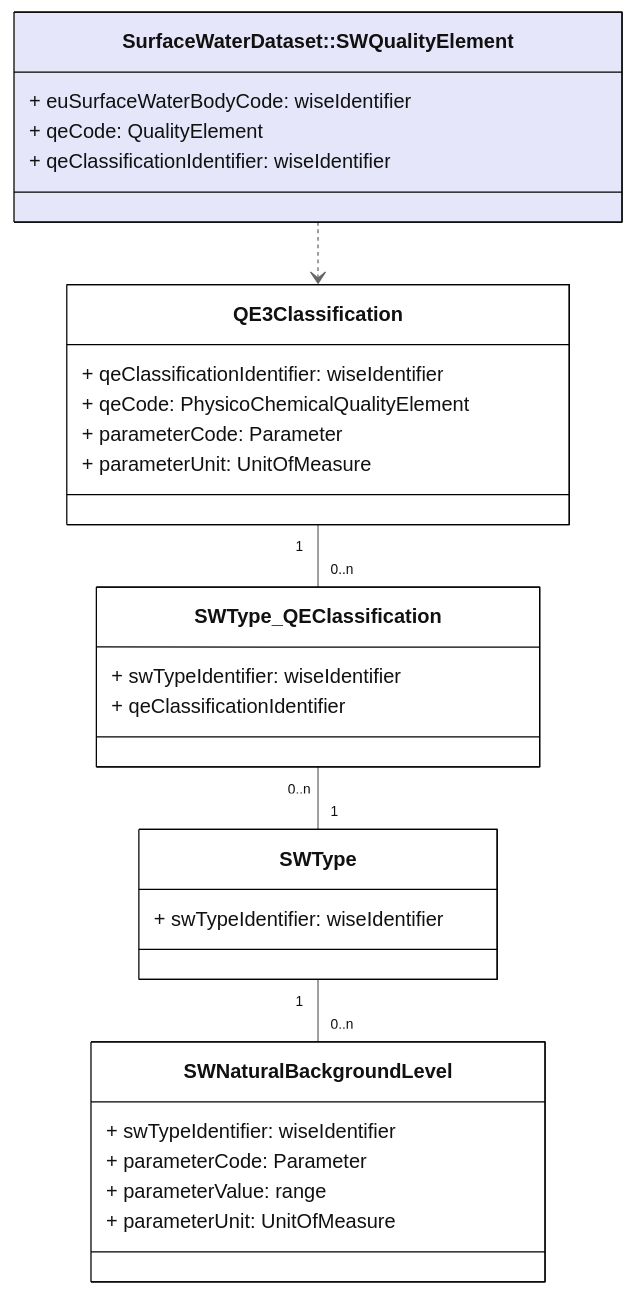
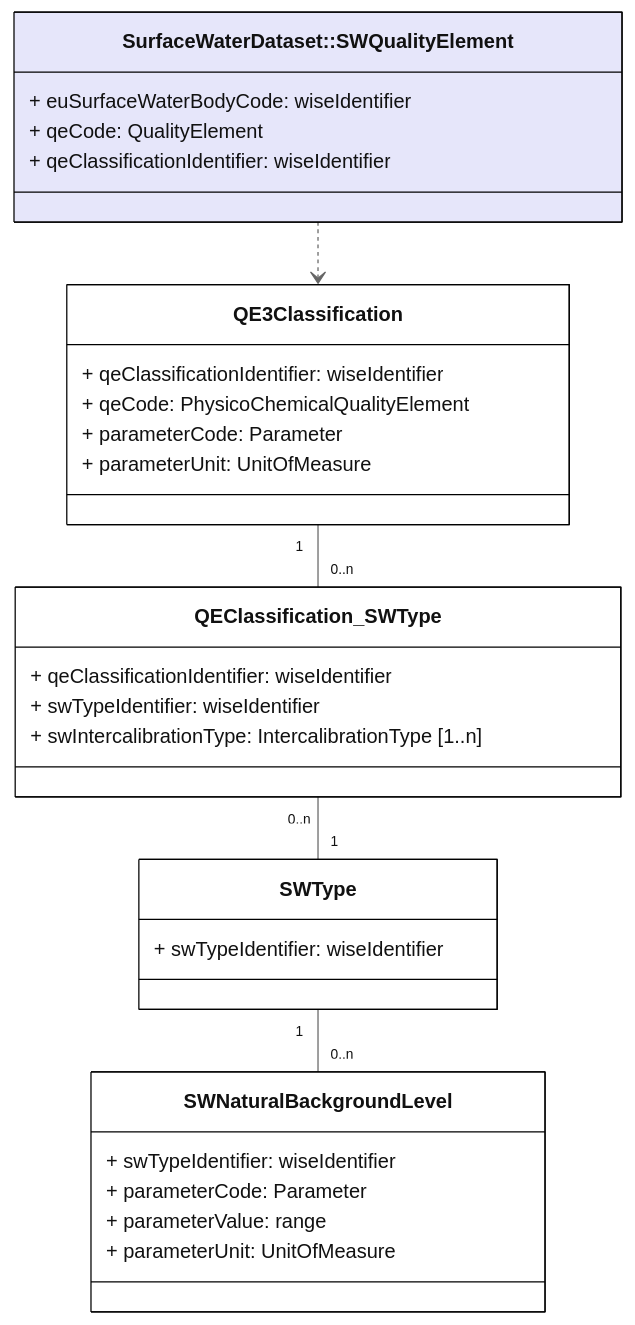
One commit to eeadata/WISE.WFD.Documentation changed the diagram in docs/DataModelReview/mmd/SurfaceWaterMethodologies_4thCycle_QE3Classification_Associations_ClassDiagram.mmd. Above: the diagram before and after it, drawn with Mermaid. The commit also changed 9 other files, not shown here.

```diff
--- a/docs/DataModelReview/mmd/SurfaceWaterMethodologies_4thCycle_QE3Classification_Associations_ClassDiagram.mmd
+++ b/docs/DataModelReview/mmd/SurfaceWaterMethodologies_4thCycle_QE3Classification_Associations_ClassDiagram.mmd
@@ -1,47 +1,48 @@
 ---
 config:
   class:
     hideEmptyMembersBox: true
   layout: dagre
   theme: neutral
 ---
 classDiagram
 direction TB
 
 class SWType:::partial{
 + swTypeIdentifier: wiseIdentifier
 }
 
 class SWQualityElement["SurfaceWaterDataset::SWQualityElement"]:::otherDataset{
 + euSurfaceWaterBodyCode: wiseIdentifier
 + qeCode: QualityElement
 + qeClassificationIdentifier: wiseIdentifier
 }
 
 class QE3Classification{
 + qeClassificationIdentifier: wiseIdentifier
 + qeCode: PhysicoChemicalQualityElement
 + parameterCode: Parameter
 + parameterUnit: UnitOfMeasure
 }
 
-class SWType_QEClassification{
+class QEClassification_SWType{
++ qeClassificationIdentifier: wiseIdentifier
 + swTypeIdentifier: wiseIdentifier
-+ qeClassificationIdentifier
++ swIntercalibrationType: IntercalibrationType [1..n]
 }
 
 class SWNaturalBackgroundLevel{
 + swTypeIdentifier: wiseIdentifier
 + parameterCode: Parameter
 + parameterValue: range  
 + parameterUnit: UnitOfMeasure
 }
 
 SWQualityElement ..> QE3Classification
-QE3Classification "1" -- "0..n" SWType_QEClassification
-SWType_QEClassification "0..n" -- "1" SWType
+QE3Classification "1" -- "0..n" QEClassification_SWType
+QEClassification_SWType "0..n" -- "1" SWType
 SWType "1" -- "0..n" SWNaturalBackgroundLevel
 
 classDef default fill:white,stroke:#000;
 classDef forFixing fill:white,stroke:#f00;
 classDef otherDataset fill:lavender,stroke:#000;
```
